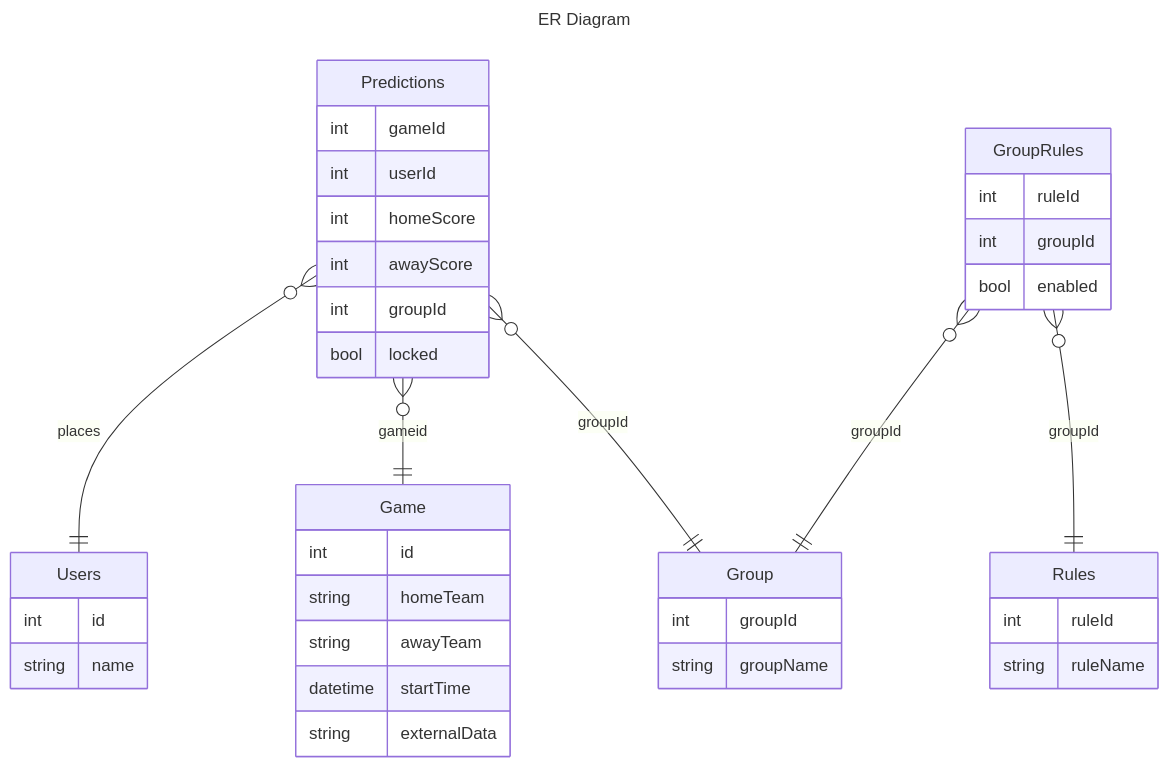
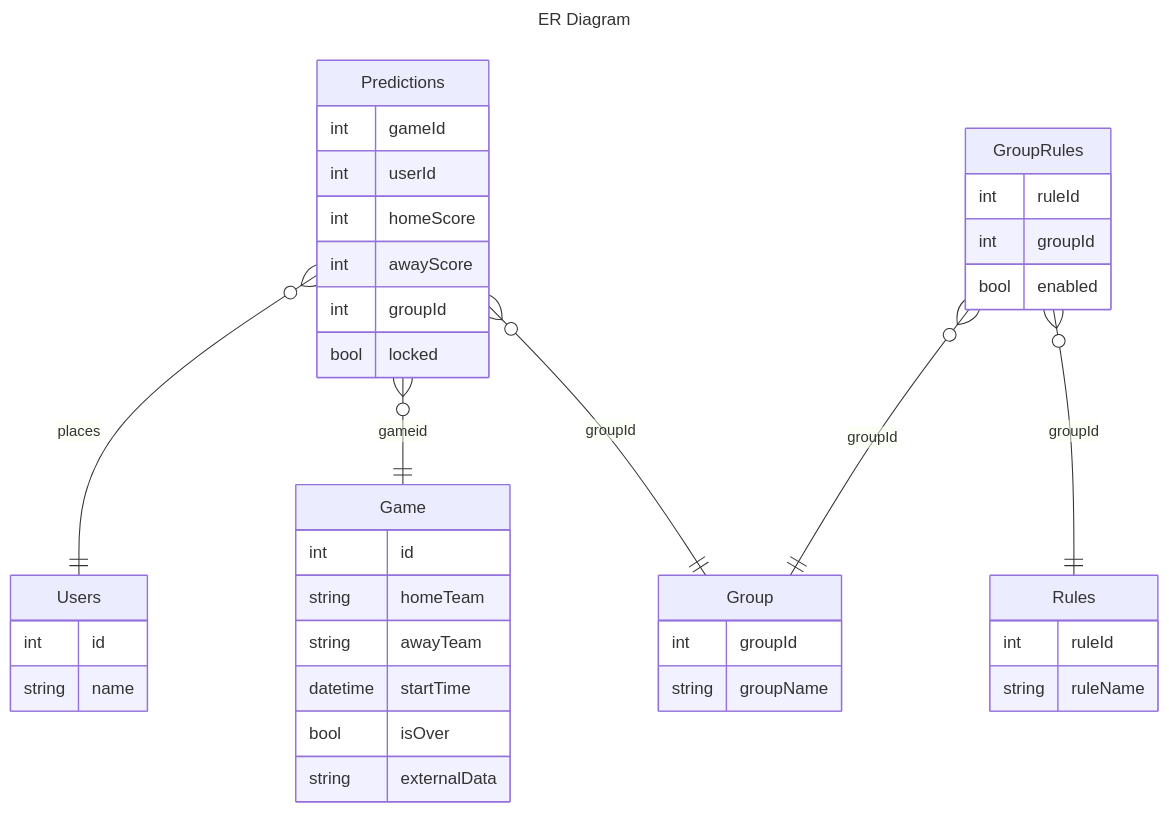
One commit to lazyrunner/soccer-prediction changed the diagram in README.md. Above: the diagram before and after it, drawn with Mermaid. The commit also changed 13 other files, not shown here.

````diff
--- a/README.md
+++ b/README.md
@@ -53,52 +53,53 @@
 ```mermaid
 ---
 title: ER Diagram
 ---
 erDiagram
     Predictions }o--|| Users : places
     Predictions }o--|| Game : gameid
     Predictions }o--|| Group: groupId
     GroupRules }o--|| Group  : groupId
     GroupRules }o--|| Rules  : groupId
 
 
   
 Users {
         int id
         string name
     }
 
 Game {
     int id
     string homeTeam
     string awayTeam
     datetime startTime
+    bool isOver
     string externalData
 }
 
 Predictions {
     int gameId
     int userId
     int homeScore
     int awayScore
     int groupId
     bool locked
 }
 
 Group {
     int groupId
     string groupName
 }
 
 Rules {
     int ruleId
     string ruleName
 }
 
 GroupRules {
     int ruleId
     int groupId
     bool enabled
 }
 
 ```
````
